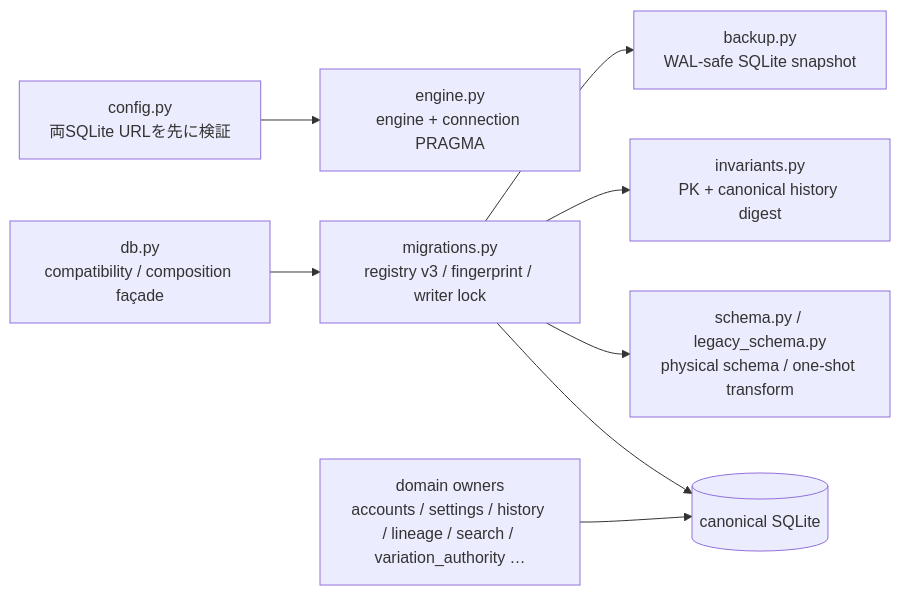
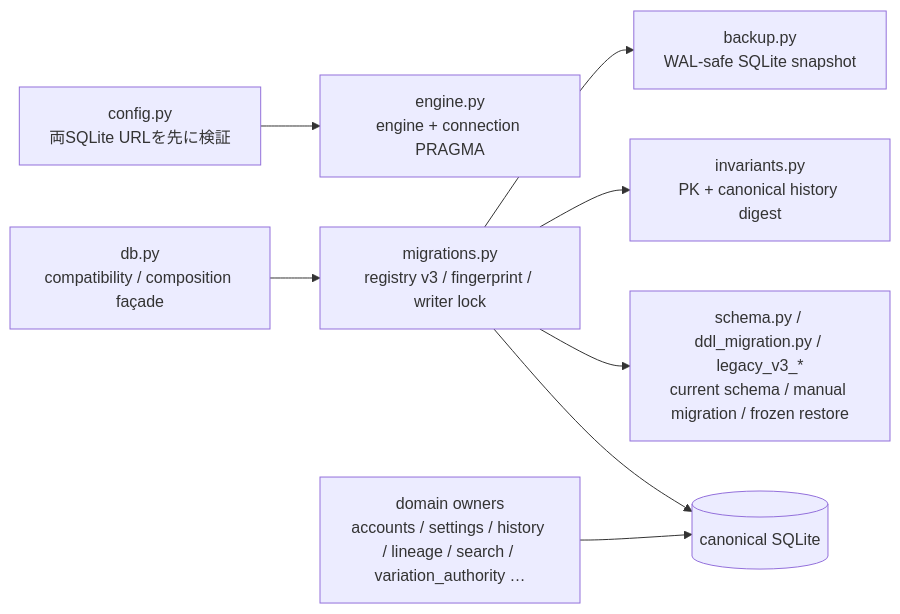
The third of 5 diagrams in docs/architecture/data-history-lineage.ja.md (oikawas/inku-lang), drawn with Mermaid before and after one commit. The commit also changed other lines of this file and 68 other files, not shown here.

````diff
--- a/docs/architecture/data-history-lineage.ja.md
+++ b/docs/architecture/data-history-lineage.ja.md
@@ -100,20 +100,20 @@
 ```mermaid
 flowchart LR
     CONFIG["config.py\n両SQLite URLを先に検証"]
     ENGINE["engine.py\nengine + connection PRAGMA"]
     FACADE["db.py\ncompatibility / composition façade"]
     MIGRATION["migrations.py\nregistry v3 / fingerprint / writer lock"]
     SNAPSHOT["backup.py\nWAL-safe SQLite snapshot"]
     INVARIANTS["invariants.py\nPK + canonical history digest"]
-    SCHEMA["schema.py / legacy_schema.py\nphysical schema / one-shot transform"]
+    SCHEMA["schema.py / ddl_migration.py / legacy_v3_*\ncurrent schema / manual migration / frozen restore"]
     DOMAIN["domain owners\naccounts / settings / history / lineage / search / variation_authority …"]
     DB[("canonical SQLite")]
 
     CONFIG --> ENGINE
     FACADE --> MIGRATION
     MIGRATION --> SNAPSHOT
     MIGRATION --> INVARIANTS
     MIGRATION --> SCHEMA
     MIGRATION --> DB
     DOMAIN --> DB
 ```
````
